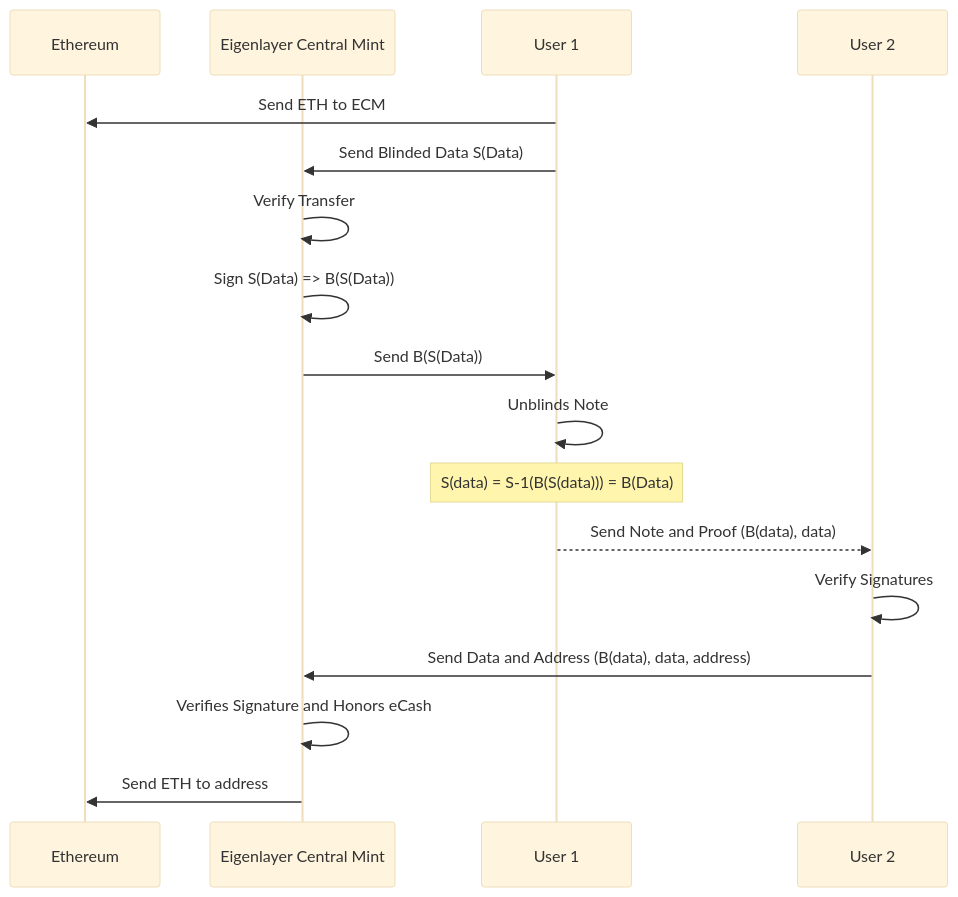
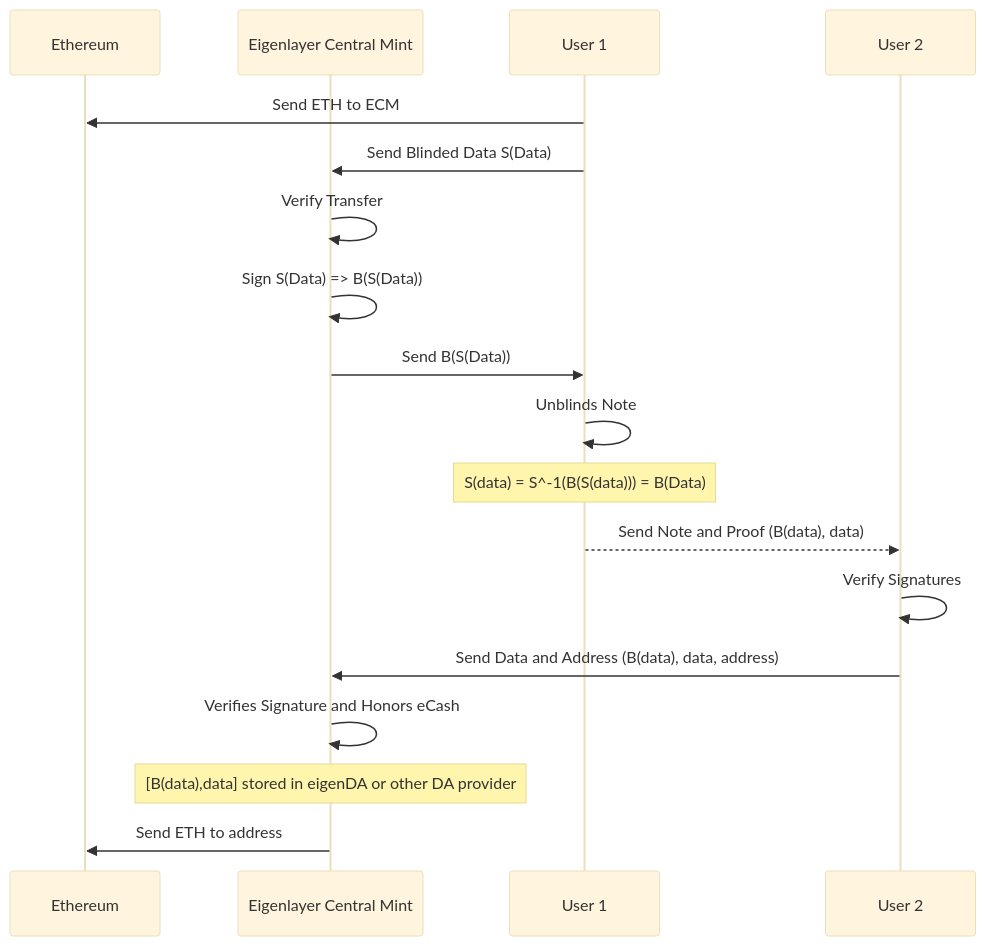
One commit to tian000/cash-me-off-chain changed the diagram in EYChallenge.md. Above: the diagram before and after it, drawn with Mermaid (base theme). The commit also changed 3 other files, not shown here.

````diff
--- a/EYChallenge.md
+++ b/EYChallenge.md
@@ -40,24 +40,25 @@
 ```mermaid
 sequenceDiagram
     participant ETH as Ethereum
     participant ECM as Eigenlayer Central Mint
     participant User1 as User 1
     participant User2 as User 2
 
     User1->>ETH: Send ETH to ECM
     User1->>ECM: Send Blinded Data S(Data)
     ECM->>ECM: Verify Transfer
 
     ECM->>ECM: Sign S(Data) => B(S(Data))
     ECM->>User1: Send B(S(Data))
     User1->>User1: Unblinds Note
-    Note over User1: S(data) = S-1(B(S(data))) = B(Data)
+    Note over User1: S(data) = S^-1(B(S(data))) = B(Data)
 
     User1-->>User2: Send Note and Proof (B(data), data)
     User2->>User2: Verify Signatures
 
     User2->>ECM: Send Data and Address (B(data), data, address)
 
     ECM->>ECM: Verifies Signature and Honors eCash
+    Note over ECM: [B(data),data] stored in eigenDA or other DA provider
     ECM->>ETH: Send ETH to address
 ```
````
